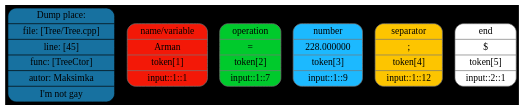
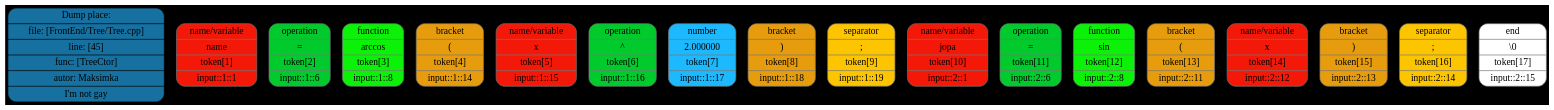
Before and after one commit to Maksim-Sebelev/Language: the diagram in token.dot, drawn with Graphviz. The commit also changed 37 other files, not shown here.

```diff
--- a/token.dot
+++ b/token.dot
@@ -1,11 +1,23 @@
 digraph G{
 rankdir=TB
 graph [bgcolor="#000000"];
 size = "100 5"
-place[shape=Mrecord, style=filled, fillcolor="#1771a0", pos="0,1!",label = " { Dump place: | file: [Tree/Tree.cpp] | line: [45] | func: [TreeCtor] | autor: Maksimka | I'm not gay } "color = "#000000"];
-token0[shape=Mrecord, style=filled, fillcolor="#f31807",label = " { name/variable | Arman |  token[1] |  input::1::1 } ", color = "#777777"];
-token1[shape=Mrecord, style=filled, fillcolor="#00ca2c",label = " { operation | = |  token[2] |  input::1::7 } ", color = "#777777"];
-token2[shape=Mrecord, style=filled, fillcolor="#1cb9ff",label = " { number | 228.000000 |  token[3] |  input::1::9 } ", color = "#777777"];
-token3[shape=Mrecord, style=filled, fillcolor="#fdc500",label = " { separator | ; |  token[4] |  input::1::12 } ", color = "#777777"];
-token4[shape=Mrecord, style=filled, fillcolor="#ffffff",label = " { end | $ |  token[5] |  input::2::1 } ", color = "#777777"];
+place[shape=Mrecord, style=filled, fillcolor="#1771a0", pos="0,1!",label = " { Dump place: | file: [FrontEnd/Tree/Tree.cpp] | line: [45] | func: [TreeCtor] | autor: Maksimka | I'm not gay } "color = "#000000"];
+token0[shape=Mrecord, style=filled, fillcolor="#f31807",label = " { name/variable | name |  token[1] |  input::1::1 } ", color = "#777777"];
+token1[shape=Mrecord, style=filled, fillcolor="#00ca2c",label = " { operation | = |  token[2] |  input::1::6 } ", color = "#777777"];
+token2[shape=Mrecord, style=filled, fillcolor="#0cf108",label = " { function | arccos |  token[3] |  input::1::8 } ", color = "#777777"];
+token3[shape=Mrecord, style=filled, fillcolor="#e69c0c",label = " { bracket | ( |  token[4] |  input::1::14 } ", color = "#777777"];
+token4[shape=Mrecord, style=filled, fillcolor="#f31807",label = " { name/variable | x |  token[5] |  input::1::15 } ", color = "#777777"];
+token5[shape=Mrecord, style=filled, fillcolor="#00ca2c",label = " { operation | ^ |  token[6] |  input::1::16 } ", color = "#777777"];
+token6[shape=Mrecord, style=filled, fillcolor="#1cb9ff",label = " { number | 2.000000 |  token[7] |  input::1::17 } ", color = "#777777"];
+token7[shape=Mrecord, style=filled, fillcolor="#e69c0c",label = " { bracket | ) |  token[8] |  input::1::18 } ", color = "#777777"];
+token8[shape=Mrecord, style=filled, fillcolor="#fdc500",label = " { separator | ; |  token[9] |  input::1::19 } ", color = "#777777"];
+token9[shape=Mrecord, style=filled, fillcolor="#f31807",label = " { name/variable | jopa |  token[10] |  input::2::1 } ", color = "#777777"];
+token10[shape=Mrecord, style=filled, fillcolor="#00ca2c",label = " { operation | = |  token[11] |  input::2::6 } ", color = "#777777"];
+token11[shape=Mrecord, style=filled, fillcolor="#0cf108",label = " { function | sin |  token[12] |  input::2::8 } ", color = "#777777"];
+token12[shape=Mrecord, style=filled, fillcolor="#e69c0c",label = " { bracket | ( |  token[13] |  input::2::11 } ", color = "#777777"];
+token13[shape=Mrecord, style=filled, fillcolor="#f31807",label = " { name/variable | x |  token[14] |  input::2::12 } ", color = "#777777"];
+token14[shape=Mrecord, style=filled, fillcolor="#e69c0c",label = " { bracket | ) |  token[15] |  input::2::13 } ", color = "#777777"];
+token15[shape=Mrecord, style=filled, fillcolor="#fdc500",label = " { separator | ; |  token[16] |  input::2::14 } ", color = "#777777"];
+token16[shape=Mrecord, style=filled, fillcolor="#ffffff",label = " { end | \\0 |  token[17] |  input::2::15 } ", color = "#777777"];
 }
```
